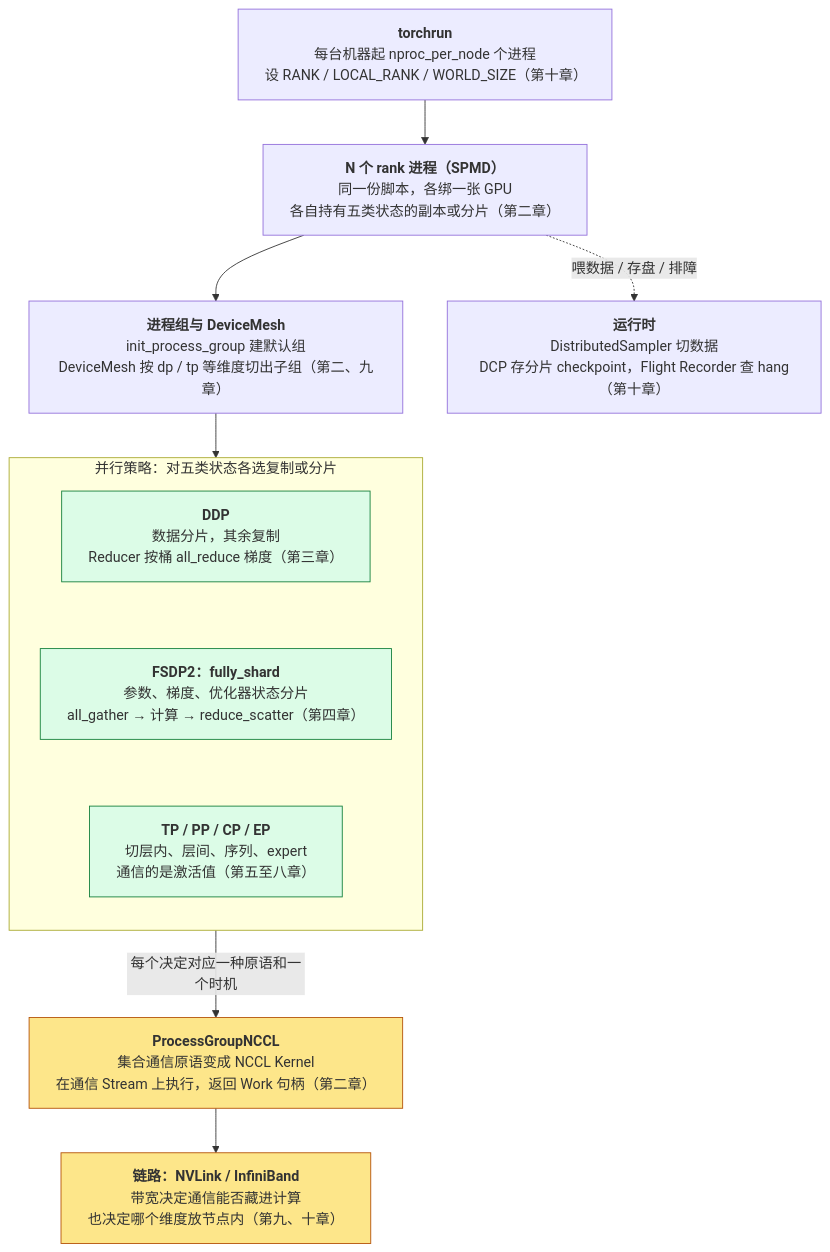
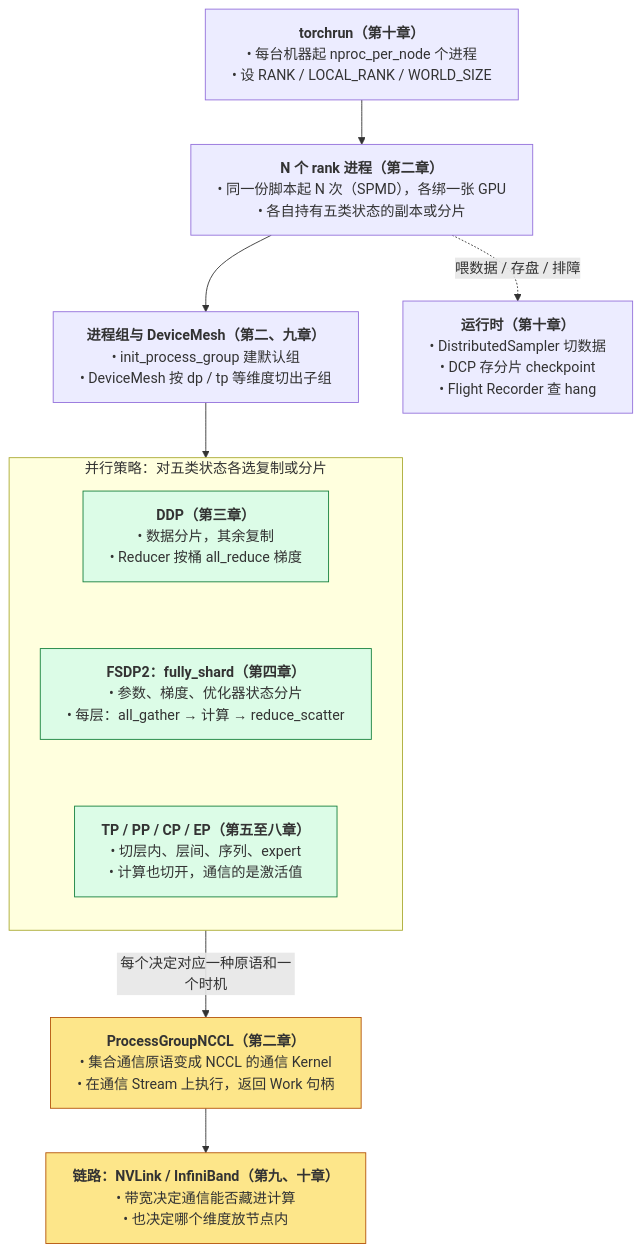
One commit to arganzheng/arganzheng.github.com changed the first of 7 diagrams in _posts/2026-02-25-pytorch-distributed-training.md. Above: the diagram before and after it, drawn with Mermaid. The commit also changed other lines of this file and 2 other files, not shown here.

First line of the commit message:
PyTorch 09 分布式：补「计算切不切」维度、Kernel 定义、rendezvous 与 Local Rank

````diff
--- a/_posts/2026-02-25-pytorch-distributed-training.md
+++ b/_posts/2026-02-25-pytorch-distributed-training.md
@@ -29,26 +29,26 @@
 ```mermaid
-%%{init: {"flowchart": {"wrappingWidth": 360}}}%%
+%%{init: {"flowchart": {"wrappingWidth": 440}}}%%
 %% 图：分布式训练的机制总览：从 torchrun 起进程到并行策略、集合通信与链路
 flowchart TB
-    LAUNCH["<b>torchrun</b><br/>每台机器起 nproc_per_node 个进程<br/>设 RANK / LOCAL_RANK / WORLD_SIZE（第十章）"]
-    RANKS["<b>N 个 rank 进程（SPMD）</b><br/>同一份脚本，各绑一张 GPU<br/>各自持有五类状态的副本或分片（第二章）"]
-    MESH["<b>进程组与 DeviceMesh</b><br/>init_process_group 建默认组<br/>DeviceMesh 按 dp / tp 等维度切出子组（第二、九章）"]
+    LAUNCH["<b>torchrun（第十章）</b><br/>• 每台机器起 nproc_per_node 个进程<br/>• 设 RANK / LOCAL_RANK / WORLD_SIZE"]
+    RANKS["<b>N 个 rank 进程（第二章）</b><br/>• 同一份脚本起 N 次（SPMD），各绑一张 GPU<br/>• 各自持有五类状态的副本或分片"]
+    MESH["<b>进程组与 DeviceMesh（第二、九章）</b><br/>• init_process_group 建默认组<br/>• DeviceMesh 按 dp / tp 等维度切出子组"]
     subgraph STRAT["并行策略：对五类状态各选复制或分片"]
         direction TB
-        DDP["<b>DDP</b><br/>数据分片，其余复制<br/>Reducer 按桶 all_reduce 梯度（第三章）"]
-        FSDP["<b>FSDP2：fully_shard</b><br/>参数、梯度、优化器状态分片<br/>all_gather → 计算 → reduce_scatter（第四章）"]
-        ACT["<b>TP / PP / CP / EP</b><br/>切层内、层间、序列、expert<br/>通信的是激活值（第五至八章）"]
+        DDP["<b>DDP（第三章）</b><br/>• 数据分片，其余复制<br/>• Reducer 按桶 all_reduce 梯度"]
+        FSDP["<b>FSDP2：fully_shard（第四章）</b><br/>• 参数、梯度、优化器状态分片<br/>• 每层：all_gather → 计算 → reduce_scatter"]
+        ACT["<b>TP / PP / CP / EP（第五至八章）</b><br/>• 切层内、层间、序列、expert<br/>• 计算也切开，通信的是激活值"]
         DDP ~~~ FSDP ~~~ ACT
     end
-    PG["<b>ProcessGroupNCCL</b><br/>集合通信原语变成 NCCL Kernel<br/>在通信 Stream 上执行，返回 Work 句柄（第二章）"]
-    WIRE["<b>链路：NVLink / InfiniBand</b><br/>带宽决定通信能否藏进计算<br/>也决定哪个维度放节点内（第九、十章）"]
-    OPS["<b>运行时</b><br/>DistributedSampler 切数据<br/>DCP 存分片 checkpoint，Flight Recorder 查 hang（第十章）"]
+    PG["<b>ProcessGroupNCCL（第二章）</b><br/>• 集合通信原语变成 NCCL 的通信 Kernel<br/>• 在通信 Stream 上执行，返回 Work 句柄"]
+    WIRE["<b>链路：NVLink / InfiniBand（第九、十章）</b><br/>• 带宽决定通信能否藏进计算<br/>• 也决定哪个维度放节点内"]
+    OPS["<b>运行时（第十章）</b><br/>• DistributedSampler 切数据<br/>• DCP 存分片 checkpoint<br/>• Flight Recorder 查 hang"]
     LAUNCH --> RANKS --> MESH --> STRAT
     STRAT -- "每个决定对应一种原语和一个时机" --> PG
     PG --> WIRE
     RANKS -. "喂数据 / 存盘 / 排障" .-> OPS
     classDef comm fill:#fde68a,stroke:#b45309;
     classDef strat fill:#dcfce7,stroke:#15803d;
     class PG,WIRE comm;
     class DDP,FSDP,ACT strat;
 ```
````
